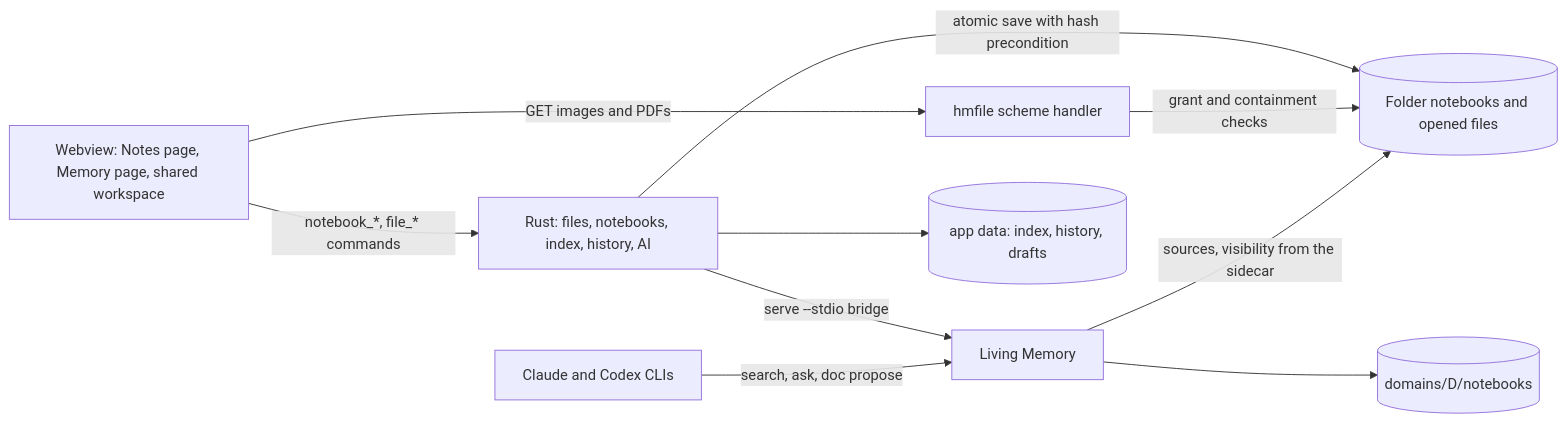
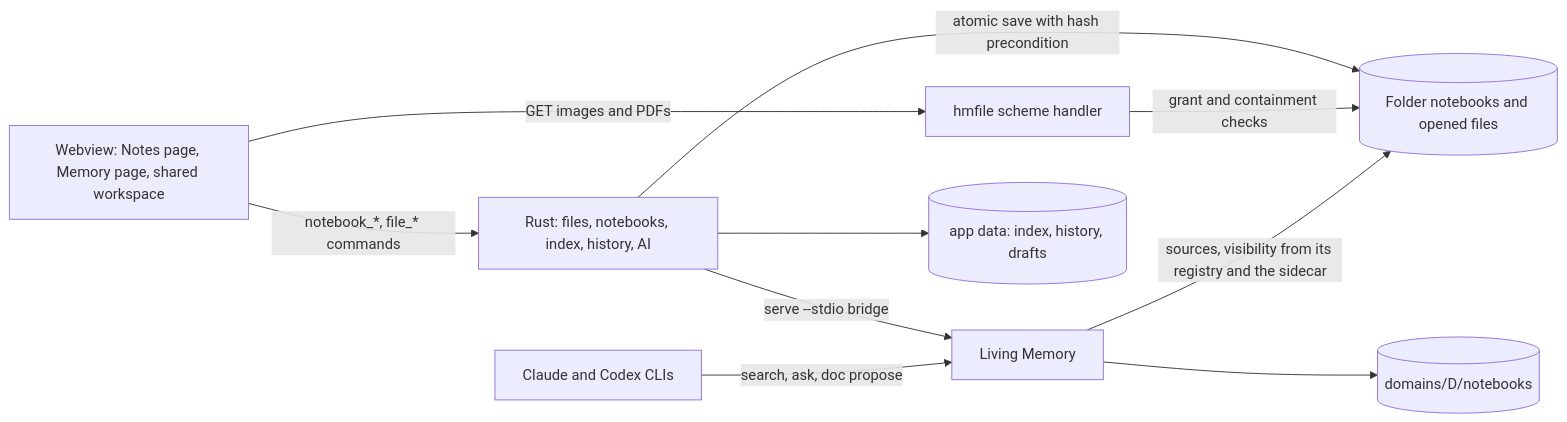
The diagram in docs/notes-studio/README.md (tyler59simon/agentic-hivemind-app), drawn with Mermaid before and after one commit. The commit also changed other lines of this file and 22 other files, not shown here.

````diff
--- a/docs/notes-studio/README.md
+++ b/docs/notes-studio/README.md
@@ -46,12 +46,12 @@
 ```mermaid
 flowchart LR
   UI[Webview: Notes page, Memory page, shared workspace] -->|notebook_*, file_* commands| RS[Rust: files, notebooks, index, history, AI]
   UI -->|GET images and PDFs| HM[hmfile scheme handler]
   RS -->|atomic save with hash precondition| FS[(Folder notebooks and opened files)]
   HM -->|grant and containment checks| FS
   RS -->|serve --stdio bridge| LM[Living Memory]
   LM --> DOCS[(domains/D/notebooks)]
-  LM -->|sources, visibility from the sidecar| FS
+  LM -->|sources, visibility from its registry and the sidecar| FS
   RS --> IDX[(app data: index, history, drafts)]
   Agents[Claude and Codex CLIs] -->|search, ask, doc propose| LM
 ```
````
